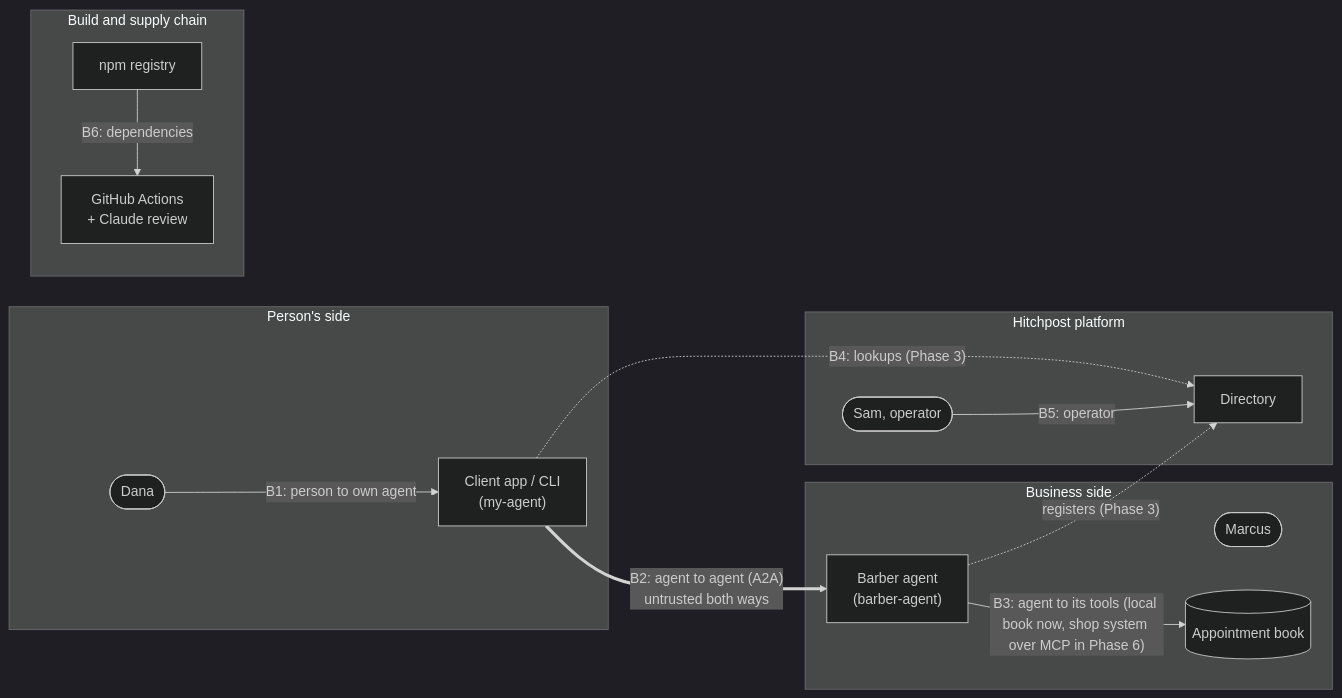
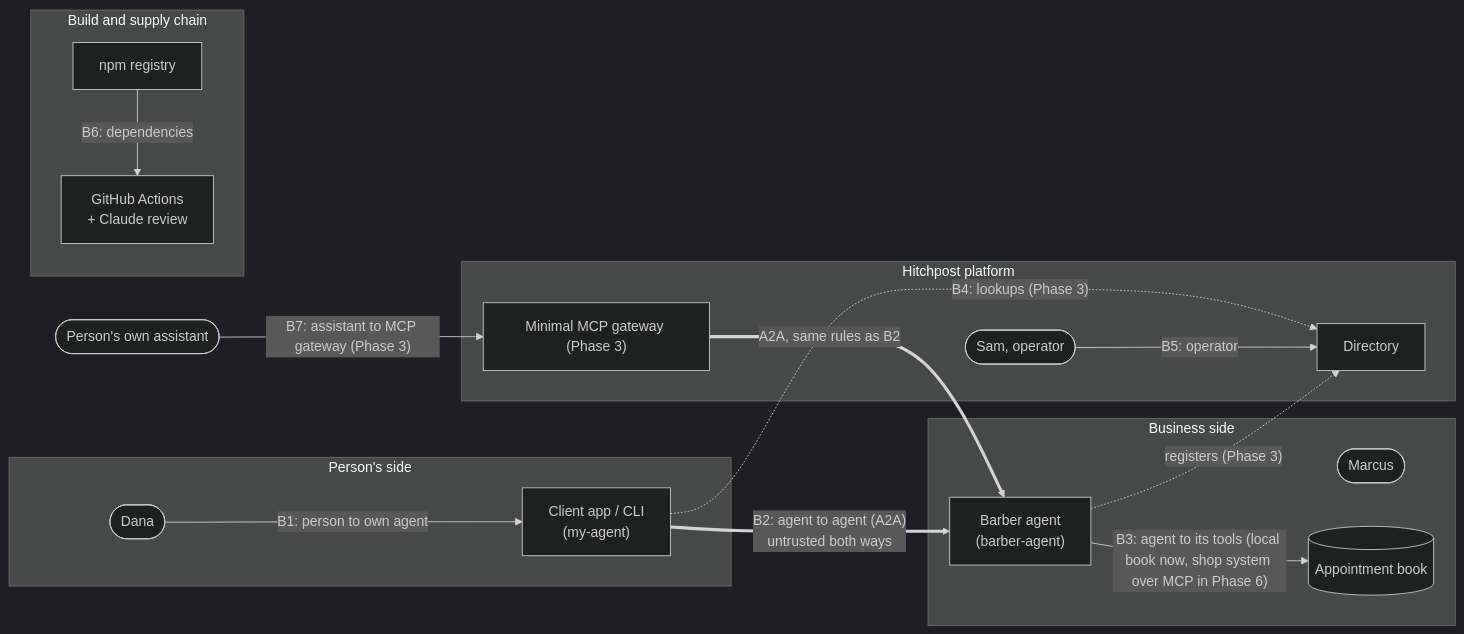
The diagram in docs/sad/12-security-and-privacy.md (Jannisar01/hitchpost), drawn with Mermaid (dark theme) before and after one commit. The commit also changed other lines of this file and 39 other files, not shown here.

````diff
--- a/docs/sad/12-security-and-privacy.md
+++ b/docs/sad/12-security-and-privacy.md
@@ -18,28 +18,31 @@
 ```mermaid
 flowchart LR
     subgraph Person["Person's side"]
         Dana([Dana])
         App["Client app / CLI<br/>(my-agent)"]
     end
     subgraph Business["Business side"]
         Marcus([Marcus])
         BA["Barber agent<br/>(barber-agent)"]
         Book[("Appointment book")]
     end
     subgraph Platform["Hitchpost platform"]
         Dir["Directory"]
+        MCPG["Minimal MCP gateway (Phase 3)"]
         Ops([Sam, operator])
     end
     subgraph Supply["Build and supply chain"]
         GH["GitHub Actions<br/>+ Claude review"]
         NPM["npm registry"]
     end
 
     Dana -- "B1: person to own agent" --> App
     App == "B2: agent to agent (A2A)<br/>untrusted both ways" ==> BA
     BA -- "B3: agent to its tools (local book now, shop system over MCP in Phase 6)" --> Book
     App -. "B4: lookups (Phase 3)" .-> Dir
     BA -. "registers (Phase 3)" .-> Dir
     Ops -- "B5: operator" --> Dir
+    Asst([Person's own assistant]) -- "B7: assistant to MCP gateway (Phase 3)" --> MCPG
+    MCPG == "A2A, same rules as B2" ==> BA
     NPM -- "B6: dependencies" --> GH
 ```
````
